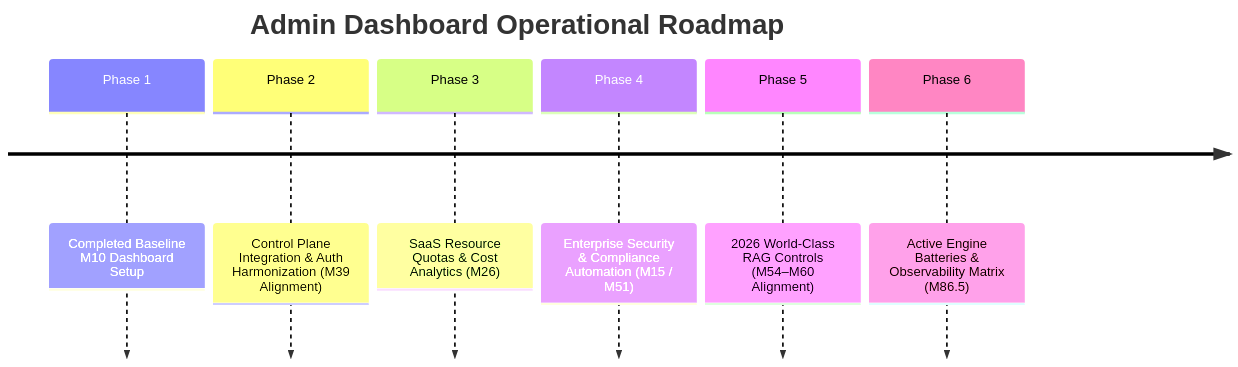
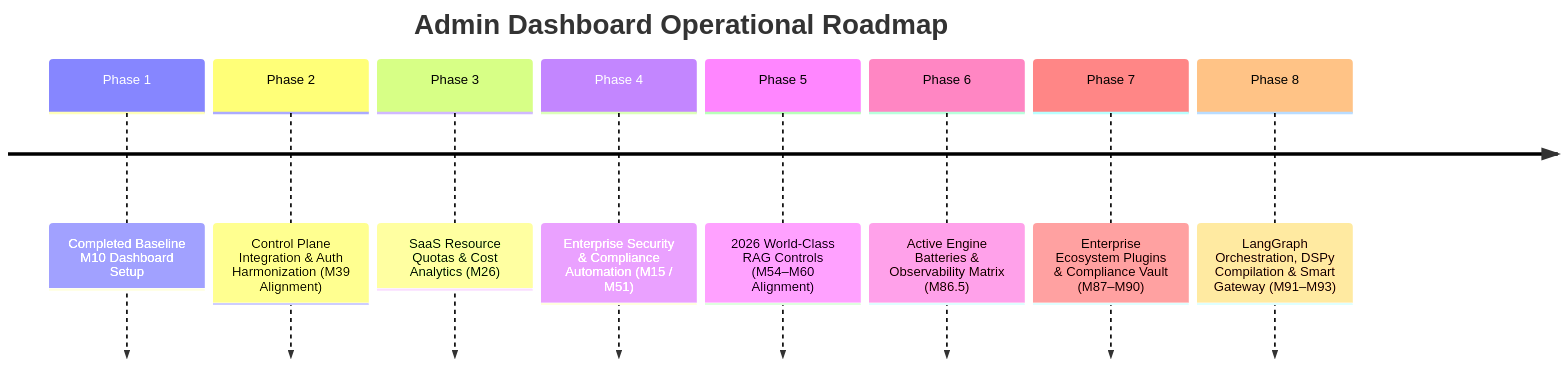
One commit to prat3010/retriever changed the diagram in docs/ADMIN_DASHBOARD_ROADMAP.md. Above: the diagram before and after it, drawn with Mermaid. The commit also changed other lines of this file and 18 other files, not shown here.

````diff
--- a/docs/ADMIN_DASHBOARD_ROADMAP.md
+++ b/docs/ADMIN_DASHBOARD_ROADMAP.md
@@ -115,10 +132,12 @@
 ```mermaid
 timeline
     title Admin Dashboard Operational Roadmap
     Phase 1 : Completed Baseline M10 Dashboard Setup
     Phase 2 : Control Plane Integration & Auth Harmonization (M39 Alignment)
     Phase 3 : SaaS Resource Quotas & Cost Analytics (M26)
     Phase 4 : Enterprise Security & Compliance Automation (M15 / M51)
     Phase 5 : 2026 World-Class RAG Controls (M54–M60 Alignment)
     Phase 6 : Active Engine Batteries & Observability Matrix (M86.5)
+    Phase 7 : Enterprise Ecosystem Plugins & Compliance Vault (M87–M90)
+    Phase 8 : LangGraph Orchestration, DSPy Compilation & Smart Gateway (M91–M93)
 ```
````
